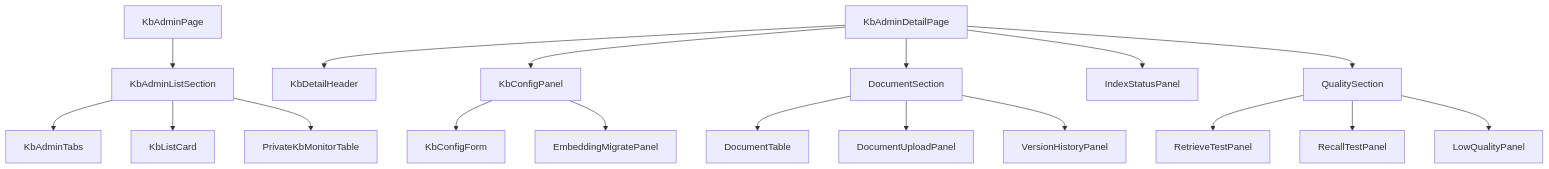
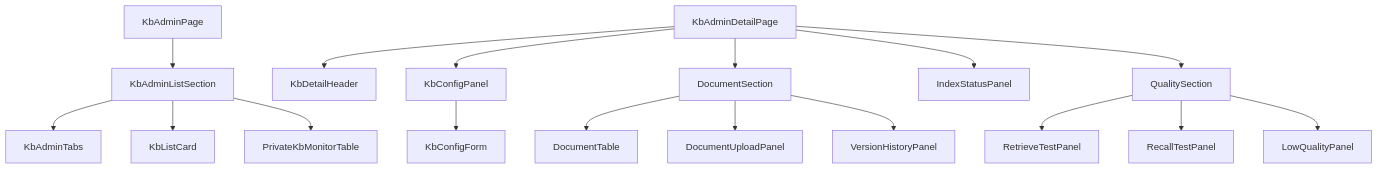
Before and after one commit to earthy-zinc/dehaze-system: the diagram in dehaze-doc/docs/03-模块设计/基础模块/AI知识库/前端实现-管理端.md, drawn with Mermaid. The commit also changed other lines of this file and 2348 other files, not shown here.

````diff
--- a/dehaze-doc/docs/03-模块设计/基础模块/AI知识库/前端实现-管理端.md
+++ b/dehaze-doc/docs/03-模块设计/基础模块/AI知识库/前端实现-管理端.md
@@ -13,20 +13,19 @@
 ```mermaid
 flowchart TD
     KbAdminPage --> KbAdminListSection
     KbAdminListSection --> KbAdminTabs
     KbAdminListSection --> KbListCard
     KbAdminListSection --> PrivateKbMonitorTable
     KbAdminDetailPage --> KbDetailHeader
     KbAdminDetailPage --> KbConfigPanel
     KbAdminDetailPage --> DocumentSection
     KbAdminDetailPage --> IndexStatusPanel
     KbAdminDetailPage --> QualitySection
     KbConfigPanel --> KbConfigForm
-    KbConfigPanel --> EmbeddingMigratePanel
     DocumentSection --> DocumentTable
     DocumentSection --> DocumentUploadPanel
     DocumentSection --> VersionHistoryPanel
     QualitySection --> RetrieveTestPanel
     QualitySection --> RecallTestPanel
     QualitySection --> LowQualityPanel
 ```
````
